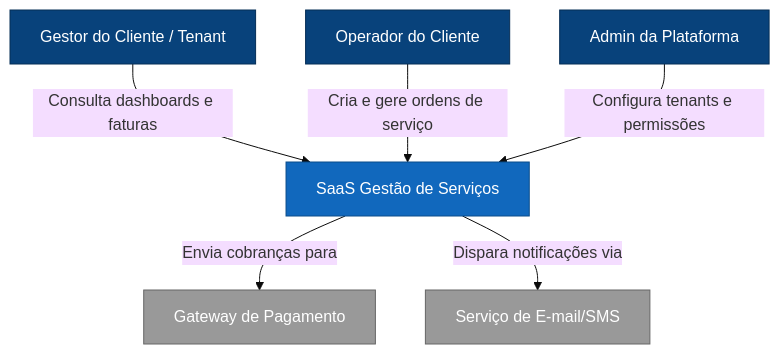
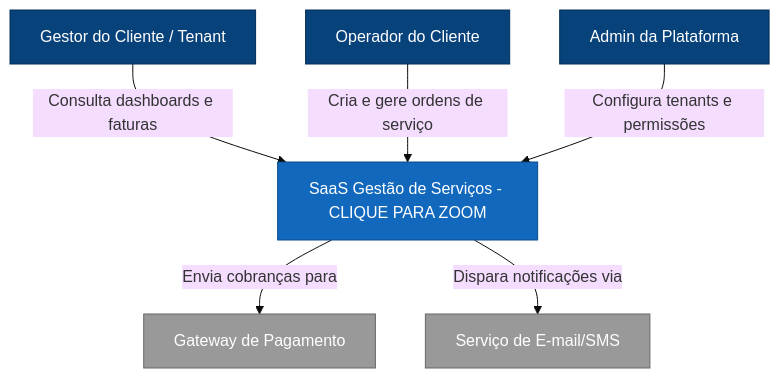
Before and after one commit to jeffdoria/engenharia-software: the first of 3 diagrams in c4_model.md, drawn with Mermaid (base theme). The commit also changed other lines of this file, not shown here.

Commit message:
Update context and container diagrams with interactivity

````diff
--- a/c4_model.md
+++ b/c4_model.md
@@ -3,26 +3,29 @@
 ```mermaid
 graph TB
-    %% Definição de Estilos (Mesmo padrão do C2)
+    %% Definição de Estilos
     classDef person fill:#08427b,stroke:#052e56,color:#ffffff
     classDef internal fill:#1168bd,stroke:#0b4c8a,color:#ffffff
     classDef external fill:#999999,stroke:#666666,color:#ffffff
 
     %% Elementos do Contexto
     Gestor[Gestor do Cliente / Tenant]:::person
     Operador[Operador do Cliente]:::person
     Admin[Admin da Plataforma]:::person
     
-    SaaS[SaaS Gestão de Serviços]:::internal
+    SaaS[SaaS Gestão de Serviços - CLIQUE PARA ZOOM]:::internal
     
     Gateway[Gateway de Pagamento]:::external
     Email[Serviço de E-mail/SMS]:::external
 
-    %% Relações com Verbos
+    %% Relações
     Gestor -- "Consulta dashboards e faturas" --> SaaS
     Operador -- "Cria e gere ordens de serviço" --> SaaS
     Admin -- "Configura tenants e permissões" --> SaaS
     
     SaaS -- "Envia cobranças para" --> Gateway
     SaaS -- "Dispara notificações via" --> Email
 
+    %% Interatividade (Âncora para C2)
+    click SaaS "#containers-c2" "Ver Detalhes dos Containers"
+
 ```
````
